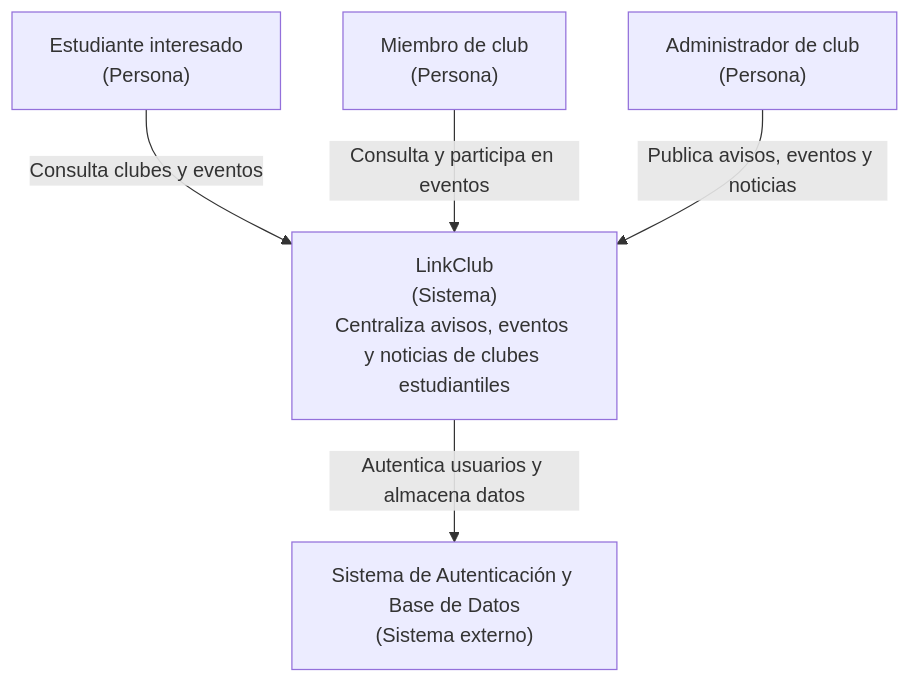
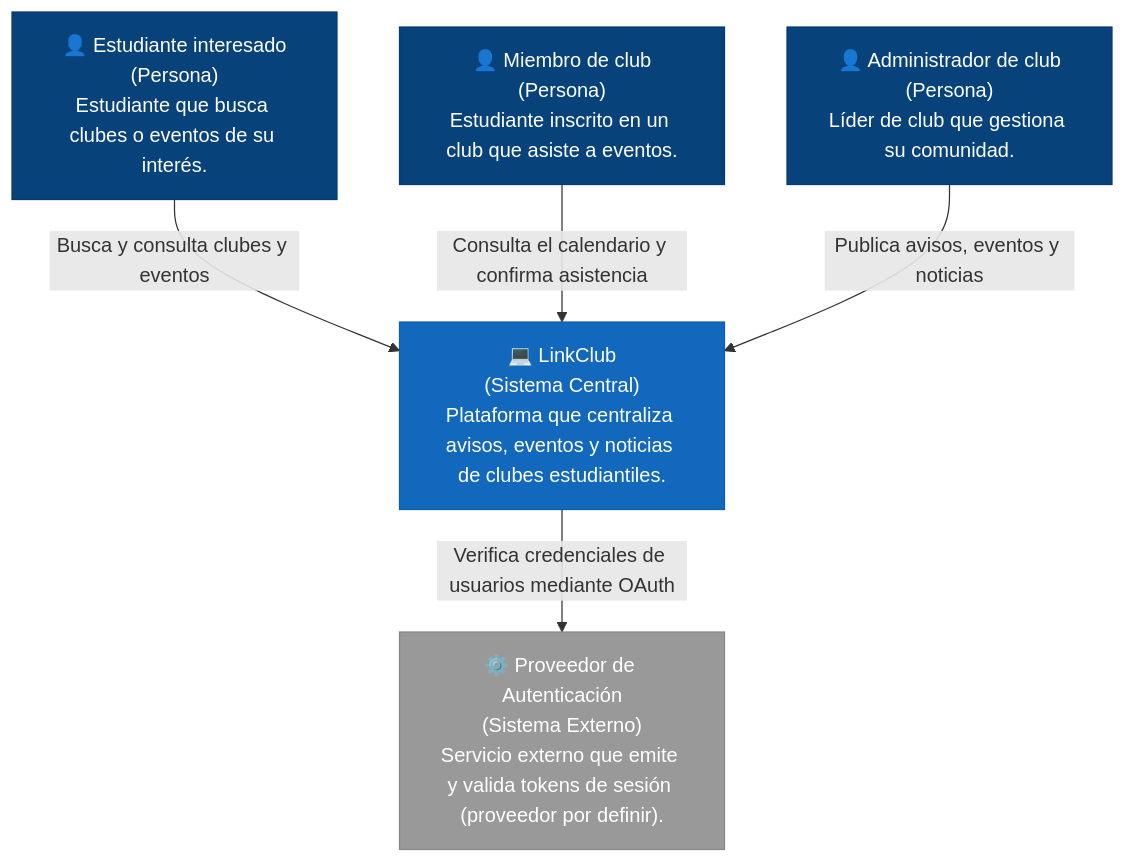
Before and after one commit to ISCOUTB/AS_202620_Clubs_UTB: the diagram in docs/C4/contexto.md, drawn with Mermaid. The commit also changed other lines of this file, not shown here.

Commit message:
Enhance C4 Context Diagram with detailed elements
Added visual styles and detailed descriptions for personas and systems in the context diagram.

````diff
--- a/docs/C4/contexto.md
+++ b/docs/C4/contexto.md
@@ -3,7 +3,22 @@
 ```mermaid
 graph TD
-    EI[" Estudiante interesado<br/>(Persona)"] -->|Consulta clubes y eventos| SYS
-    MC[" Miembro de club<br/>(Persona)"] -->|Consulta y participa en eventos| SYS
-    AC[" Administrador de club<br/>(Persona)"] -->|Publica avisos, eventos y noticias| SYS
-    SYS[" LinkClub<br/>(Sistema)<br/>Centraliza avisos, eventos y noticias de clubes estudiantiles"] -->|Autentica usuarios y almacena datos| BD[" Sistema de Autenticación y Base de Datos<br/>(Sistema externo)"]
+    %% Estilos visuales basados en el estándar C4
+    classDef persona fill:#08427B,stroke:#073B6F,color:#fff;
+    classDef sistema fill:#1168BD,stroke:#105EAB,color:#fff;
+    classDef externo fill:#999999,stroke:#888888,color:#fff;
+
+    %% Elementos (Personas y Sistemas)
+    EI["👤 Estudiante interesado<br/>(Persona)<br/>Estudiante que busca clubes o eventos de su interés."]:::persona
+    MC["👤 Miembro de club<br/>(Persona)<br/>Estudiante inscrito en un club que asiste a eventos."]:::persona
+    AC["👤 Administrador de club<br/>(Persona)<br/>Líder de club que gestiona su comunidad."]:::persona
+    
+    SYS["💻 LinkClub<br/>(Sistema Central)<br/>Plataforma que centraliza avisos, eventos y noticias de clubes estudiantiles."]:::sistema
+    
+     SAE["⚙️ Proveedor de Autenticación<br/>(Sistema Externo)<br/>Servicio externo que emite y valida tokens de sesión (proveedor por definir)."]:::externo
+
+    %% Relaciones e Interacciones
+    EI -->|Busca y consulta clubes y eventos| SYS
+    MC -->|Consulta el calendario y confirma asistencia| SYS
+    AC -->|Publica avisos, eventos y noticias| SYS
+    SYS -->|Verifica credenciales de usuarios mediante OAuth| SAE
 ```
````
